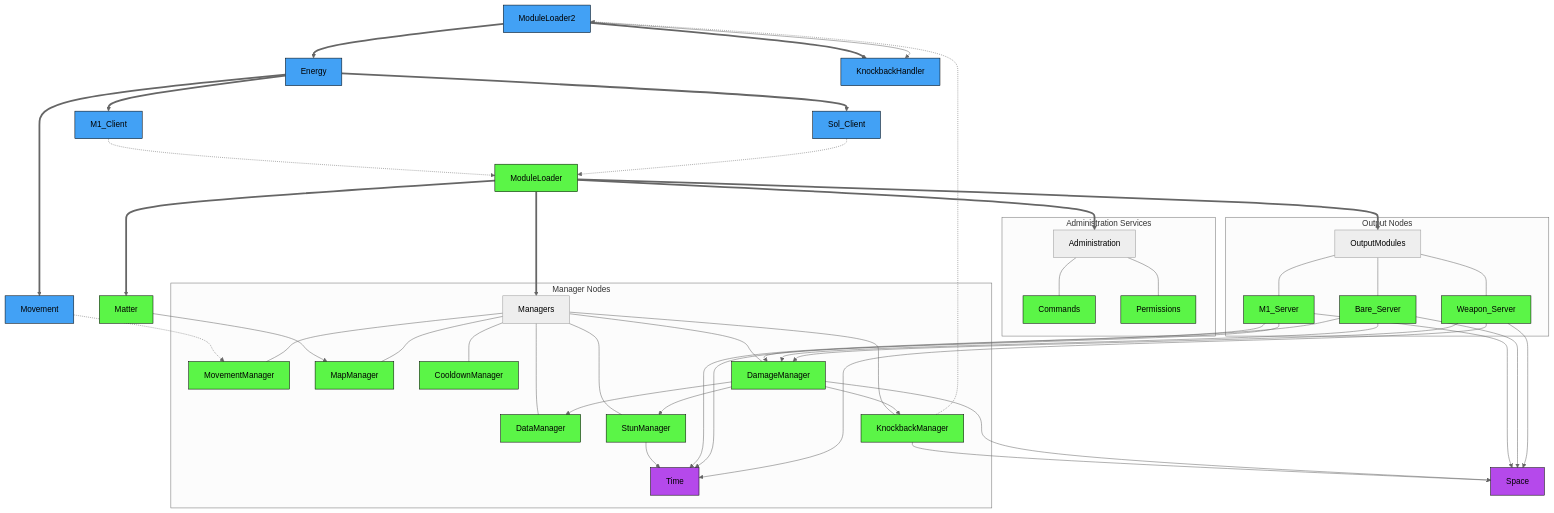
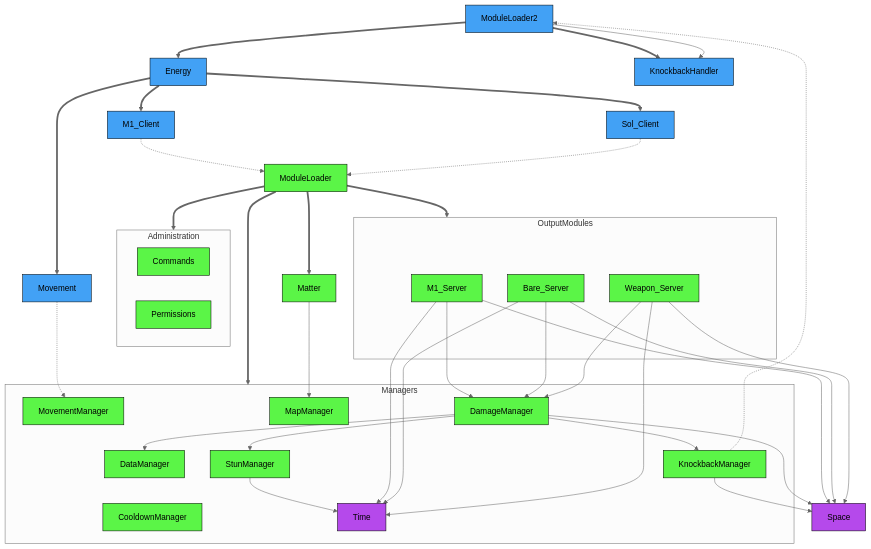
Before and after one commit to altair5607249/Crusaders-Game: the diagram in README.md, drawn with Mermaid (neutral theme).

````diff
--- a/README.md
+++ b/README.md
@@ -37,58 +37,58 @@
 ```mermaid
 graph TD;
 
   classDef serverNode fill:#5bf547,stroke:#000000,color:#000000
   classDef clientNode fill:#42a1f5,stroke:#000000,color:#000000
   classDef universalNode fill:#b549eb,stroke:#000000,color:#000000
 
   ModuleLoader2==>Energy;
   ModuleLoader2==>KnockbackHandler;
   Energy==>M1_Client;
   Energy==>Sol_Client;
   Energy==>Movement;
   M1_Client-.->ModuleLoader;
   Sol_Client-.->ModuleLoader;
   Movement-.->MovementManager;
   ModuleLoader==>Administration;
   ModuleLoader==>Managers;
   ModuleLoader==>OutputModules;
   ModuleLoader==>Matter-->MapManager;
 
-  subgraph Administration Services
-    Administration---Commands;
-    Administration---Permissions;
+  subgraph Administration
+    Commands;
+    Permissions;
   end
 
-  subgraph Manager Nodes
-    Managers---CooldownManager;
-    Managers---DamageManager;
-    Managers---DataManager;
-    Managers---KnockbackManager;
-    Managers---MapManager;
-    Managers---MovementManager;
-    Managers---StunManager-->Time;
+  subgraph Managers
+    CooldownManager;
+    DamageManager;
+    DataManager;
+    KnockbackManager;
+    MapManager;
+    MovementManager;
+    StunManager-->Time;
   end
 
-  subgraph Output Nodes
-    OutputModules---M1_Server-->DamageManager;
-    OutputModules---Bare_Server-->DamageManager;
-    OutputModules---Weapon_Server-->DamageManager;
+  subgraph OutputModules
+    M1_Server-->DamageManager;
+    Bare_Server-->DamageManager;
+    Weapon_Server-->DamageManager;
   end
 
   KnockbackManager-->Space;
   DamageManager-->Space;
   DamageManager-->DataManager;
   DamageManager-->KnockbackManager;
   DamageManager-->StunManager;
   M1_Server-->Time;
   Bare_Server-->Time;
   Weapon_Server-->Time;
   M1_Server-->Space;
   Bare_Server-->Space;
   Weapon_Server-->Space;
   KnockbackManager-.->ModuleLoader2-->KnockbackHandler;
 
   class ModuleLoader,M1_Server,Bare_Server,Weapon_Server,MovementManager,Commands,Permissions,CooldownManager,DamageManager,DataManager,KnockbackManager,MapManager,MovementManager,StunManager,Matter serverNode;
   class ModuleLoader2,Energy,M1_Client,Sol_Client,Movement,KnockbackHandler clientNode;
   class Space,Time universalNode;
 ```
````
